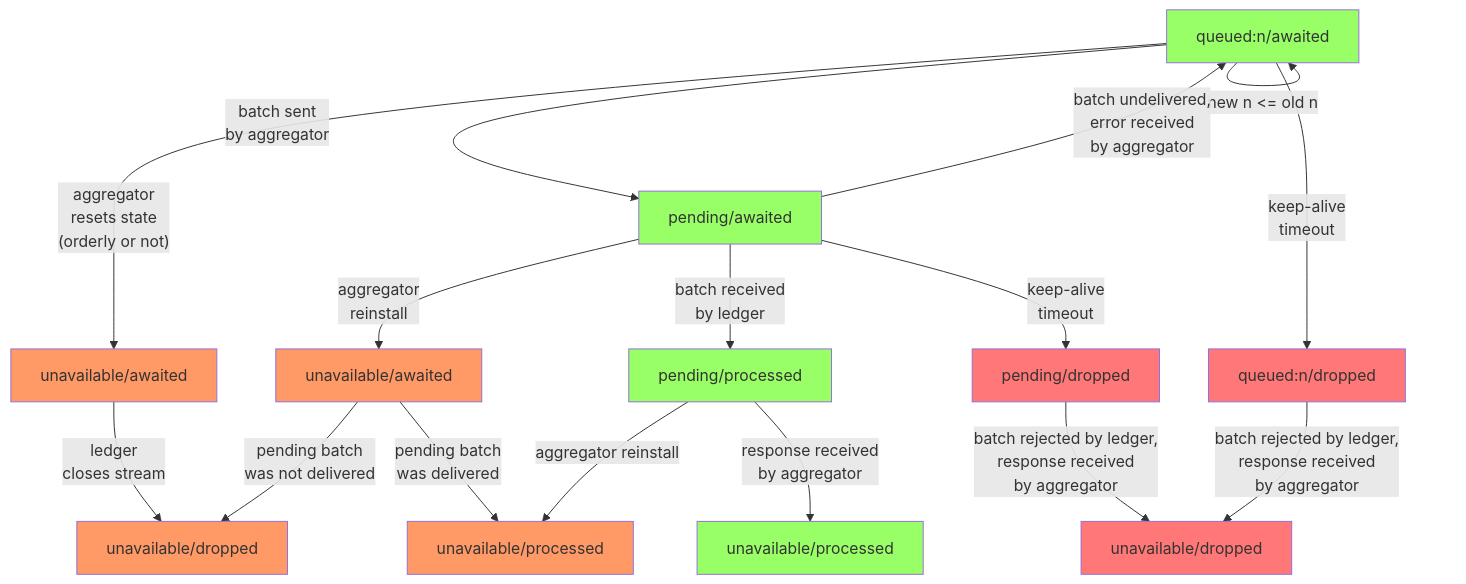
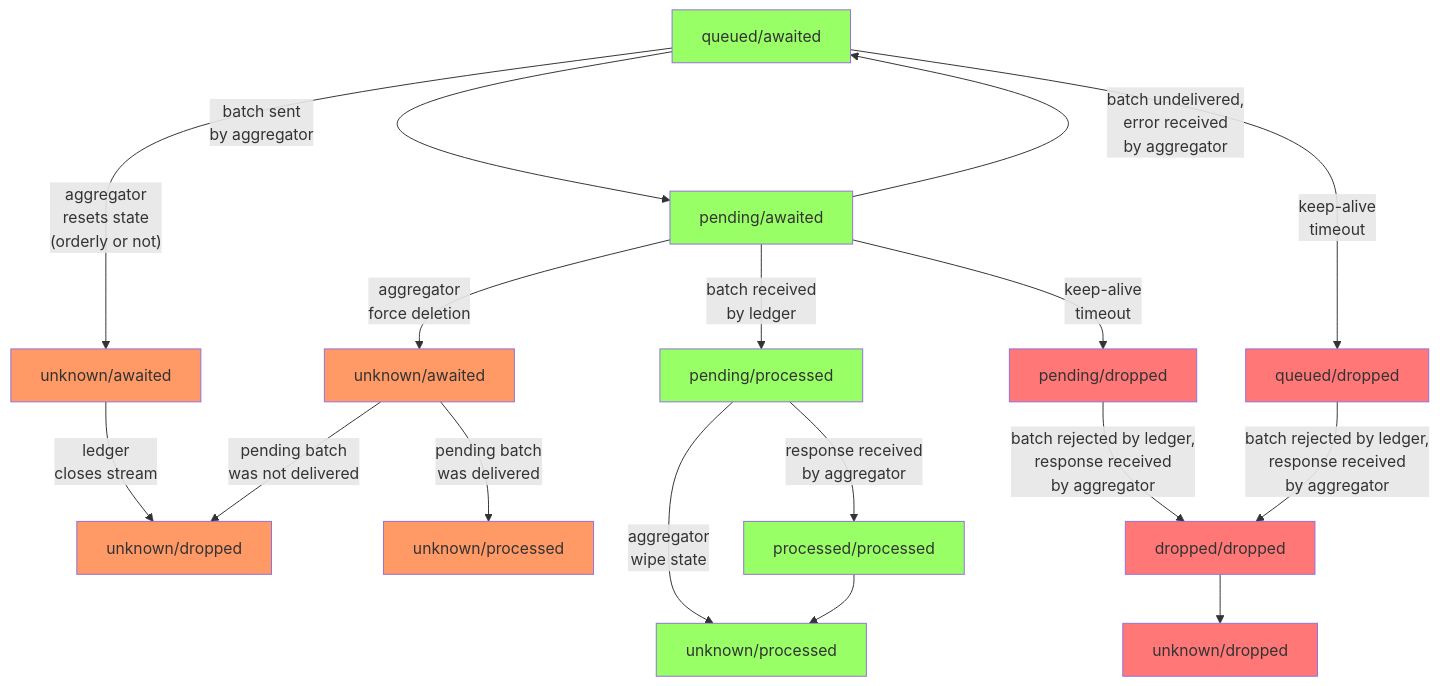
The fourth of 5 diagrams in README.md (research-ag/hpl-io), drawn with Mermaid before and after one commit.

Commit message:
Update flow diagram for state pairs

````diff
--- a/README.md
+++ b/README.md
@@ -183,26 +183,28 @@
 ```mermaid
 flowchart TD
-QA["queued:n/awaited"] -->|"aggregator<br>resets state<br>(orderly or not)"| UA["unavailable/awaited"]
-UA -->|ledger<br>closes stream| UD2["unavailable/dropped"]
+QA["queued/awaited"] -->|"aggregator<br>resets state<br>(orderly or not)"| UA["unknown/awaited"]
+UA -->|ledger<br>closes stream| UD2["unknown/dropped"]
 QA -->|batch sent<br>by aggregator| PA["pending/awaited"]
-QA -->|"new n <= old n"| QA
-PA -->|aggregator<br>reinstall| UA2["unavailable/awaited"]
+PA -->|aggregator<br>force deletion| UA2["unknown/awaited"]
 UA2 -->|pending batch<br>was not delivered| UD2
-UA2 -->|pending batch<br>was delivered| UP2["unavailable/processed"]
+UA2 -->|pending batch<br>was delivered| UP2["unknown/processed"]
 PA -->|batch received<br>by ledger| PP["pending/processed"]
 PA -->|batch undelivered,<br>error received<br>by aggregator| QA
-PP -->|aggregator reinstall| UP2
-PP -->|response received<br>by aggregator| UP["unavailable/processed"]
+PP -->|aggregator<br>wipe state| UP
+PP -->|response received<br>by aggregator| P["processed/processed"]
 PA -->|keep-alive<br>timeout| PD["pending/dropped"]
-QA -->|keep-alive<br>timeout| QD["queued:n/dropped"]
-PD -->|batch rejected by ledger,<br>response received<br>by aggregator| UD
-QD -->|batch rejected by ledger,<br>response received<br>by aggregator| UD["unavailable/dropped"]
+QA -->|keep-alive<br>timeout| QD["queued/dropped"]
+PD -->|batch rejected by ledger,<br>response received<br>by aggregator| D
+QD -->|batch rejected by ledger,<br>response received<br>by aggregator| D["dropped/dropped"]
+P --> UP["unknown/processed"]
+D --> UD["unknown/dropped"]
+
 
 
 classDef green fill:#9f6
 classDef orange fill:#f96
 classDef red fill:#f77
-class QD,PD,UD red
-class UA,UA2,UD2,UP2 orange
-class QA,PA,PP,UP green
+class QA,PA,PP,P,UP green
+class UA,UD2,UA2,UP2 orange
+class QD,PD,D,UD red
 ```
````
